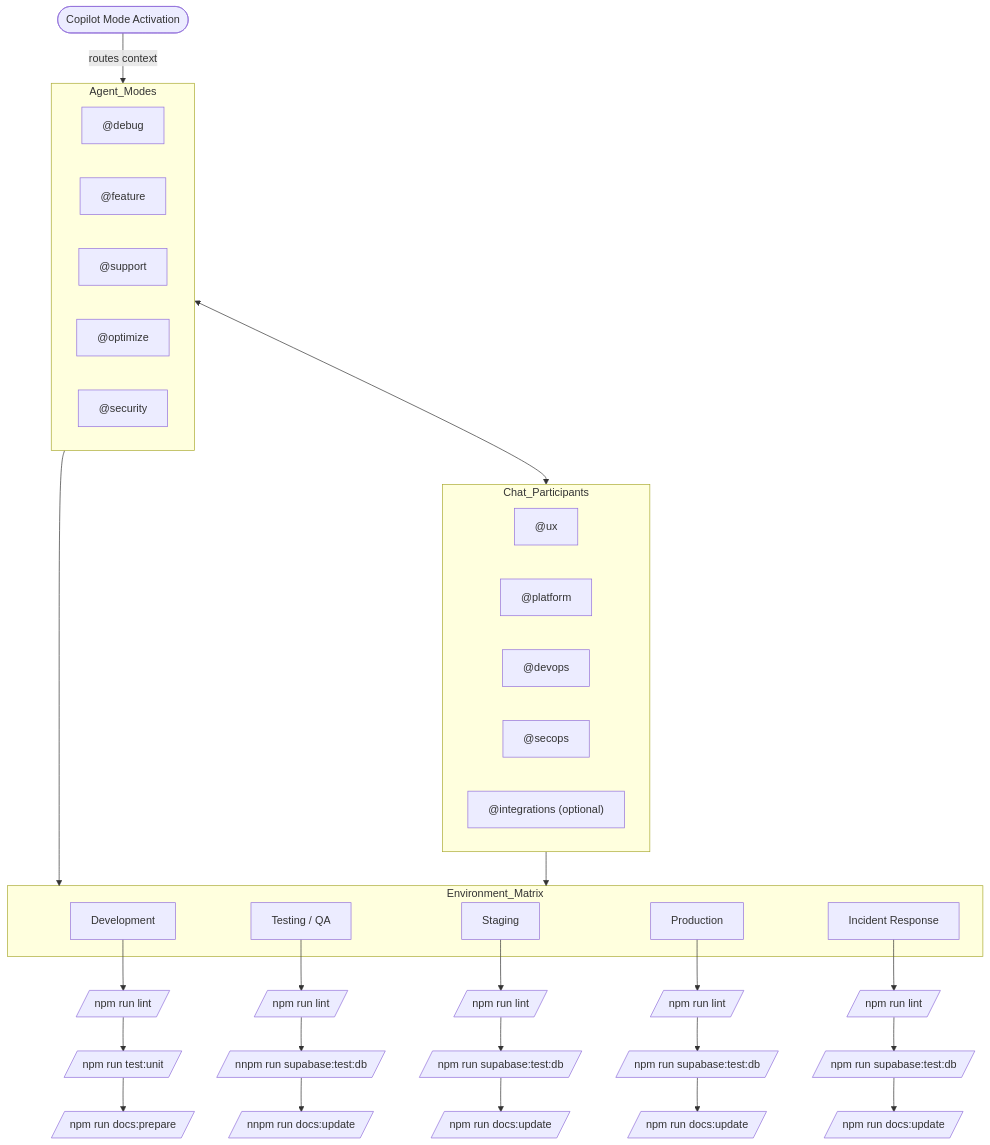
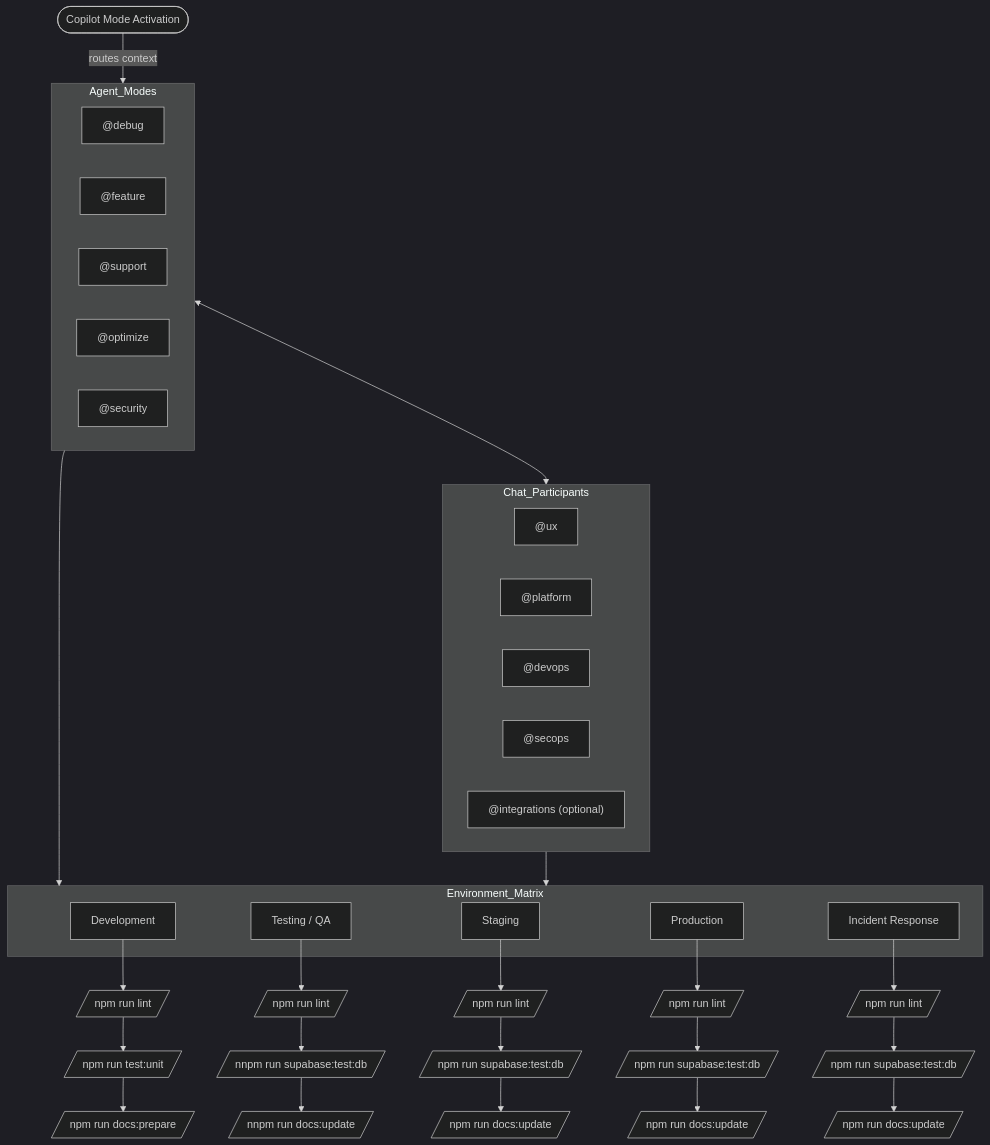
One commit to Alextorelli/ProspectPro changed the diagram in docs/tooling/end-state/agent-mode-flow.mmd. Above: the diagram before and after it, drawn with Mermaid. The commit also changed 6 other files, not shown here.

```diff
--- a/docs/tooling/end-state/agent-mode-flow.mmd
+++ b/docs/tooling/end-state/agent-mode-flow.mmd
@@ -1,55 +1,54 @@
-%%{init: {\'theme\': \'dark\'}}%%
 %%{init: {'theme': 'dark', 'layout': 'dagre'}}%%
 flowchart TD
     %% Copilot Mode Activation
     CopilotActivation@{shape: stadium, label: ["Copilot Mode Activation"]} -->|routes context| Agent_Modes
 
     subgraph Agent_Modes
         DEBUG["@debug"]
         FEATURE["@feature"]
         SUPPORT["@support"]
         OPTIMIZE["@optimize"]
         SECURITY["@security"]
     end
 
     %% Many-to-many mapping table: Agent Modes ↔ Chat Participants
     subgraph Chat_Participants
         ux_participant["@ux"]
         platform_participant["@platform"]
         devops_participant["@devops"]
         secops_participant["@secops"]
         integrations_participant["@integrations (optional)"]
     end
    
     Agent_Modes --> Environment_Matrix
     Agent_Modes <--> Chat_Participants
     Chat_Participants --> Environment_Matrix
 
      %% Chat Participants → Environment Matrix
     subgraph Environment_Matrix
         DEV["Development"]
         TEST["Testing / QA"]
         STAGE["Staging"]
         PROD["Production"]
         INCIDENT["Incident Response"]
     end
 %% Environment Matrix → Functions / Tests / Workflows
     DEV --> DEV_Function1@{shape: "lean-r", label: "npm run lint"} 
     --> DEV_Function2@{shape: "lean-r", label: "npm run test:unit"}
     --> DEV_Function3@{shape: "lean-r", label: "npm run docs:prepare"}
     
     TEST --> TEST_Function1@{shape: "lean-r", label: "npm run lint"}
     --> TEST_Function2@{shape: "lean-r", label: "nnpm run supabase:test:db"}
     --> TEST_Function3@{shape: "lean-r", label: "nnpm run docs:update"}
     
     STAGE --> STAGE_Function1@{shape: "lean-r", label: "npm run lint"}
     --> STAGE_Function2@{shape: "lean-r", label: "npm run supabase:test:db"}
     --> STAGE_Function3@{shape: "lean-r", label: "npm run docs:update"}
     
     PROD --> PROD_Function1@{shape: "lean-r", label: "npm run lint"}
     --> PROD_Function2@{shape: "lean-r", label: "npm run supabase:test:db"}
     --> PROD_Function3@{shape: "lean-r", label: "npm run docs:update"}
     
     INCIDENT --> INCIDENT_Function1@{shape: "lean-r", label: "npm run lint"}
     --> INCIDENT_Function2@{shape: "lean-r", label: "npm run supabase:test:db"}
     --> INCIDENT_Function3@{shape: "lean-r", label: "npm run docs:update"}
```
